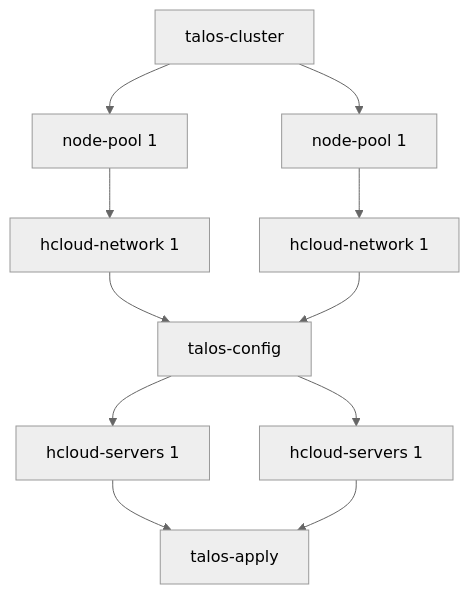
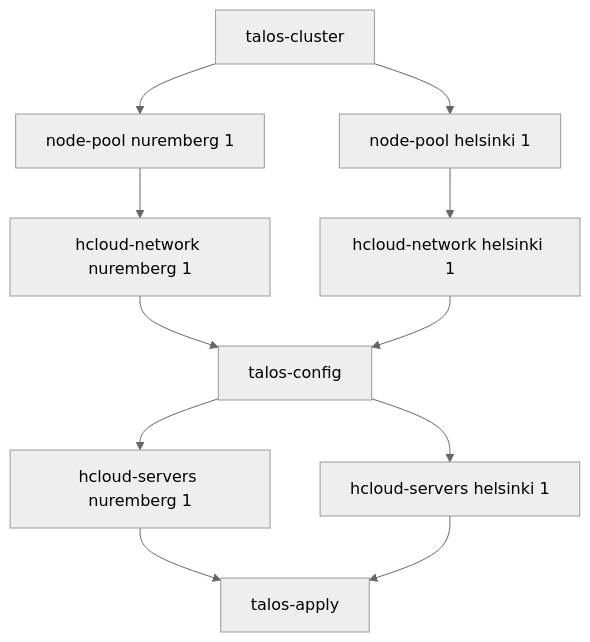
The diagram in README.md (miran248/terraform-talos-modules), drawn with Mermaid before and after one commit.

Commit message:
fix(docs): fix diagram labels

````diff
--- a/README.md
+++ b/README.md
@@ -26,14 +26,14 @@
 ```mermaid
 %%{init: {'theme': 'neutral' } }%%
 flowchart TD
-    talos-cluster --> node-pool-nuremberg-1(hetzner nuremberg region)
-    talos-cluster --> node-pool-helsinki-1(hetzner helsinki region)
-    node-pool-nuremberg-1[node-pool 1] --> hcloud-network-nuremberg-1
-    node-pool-helsinki-1[node-pool 1] --> hcloud-network-helsinki-1
-    hcloud-network-nuremberg-1[hcloud-network 1] --> talos-config
-    hcloud-network-helsinki-1[hcloud-network 1] --> talos-config
-    talos-config --> hcloud-servers-nuremberg-1(hetzner nuremberg region)
-    talos-config --> hcloud-servers-helsinki-1(hetzner helsinki region)
-    hcloud-servers-nuremberg-1[hcloud-servers 1] --> talos-apply
-    hcloud-servers-helsinki-1[hcloud-servers 1] --> talos-apply
+    talos-cluster --> node-pool-nuremberg-1
+    talos-cluster --> node-pool-helsinki-1
+    node-pool-nuremberg-1[node-pool nuremberg 1] --> hcloud-network-nuremberg-1
+    node-pool-helsinki-1[node-pool helsinki 1] --> hcloud-network-helsinki-1
+    hcloud-network-nuremberg-1[hcloud-network nuremberg 1] --> talos-config
+    hcloud-network-helsinki-1[hcloud-network helsinki 1] --> talos-config
+    talos-config --> hcloud-servers-nuremberg-1
+    talos-config --> hcloud-servers-helsinki-1
+    hcloud-servers-nuremberg-1[hcloud-servers nuremberg 1] --> talos-apply
+    hcloud-servers-helsinki-1[hcloud-servers helsinki 1] --> talos-apply
 ```
````
